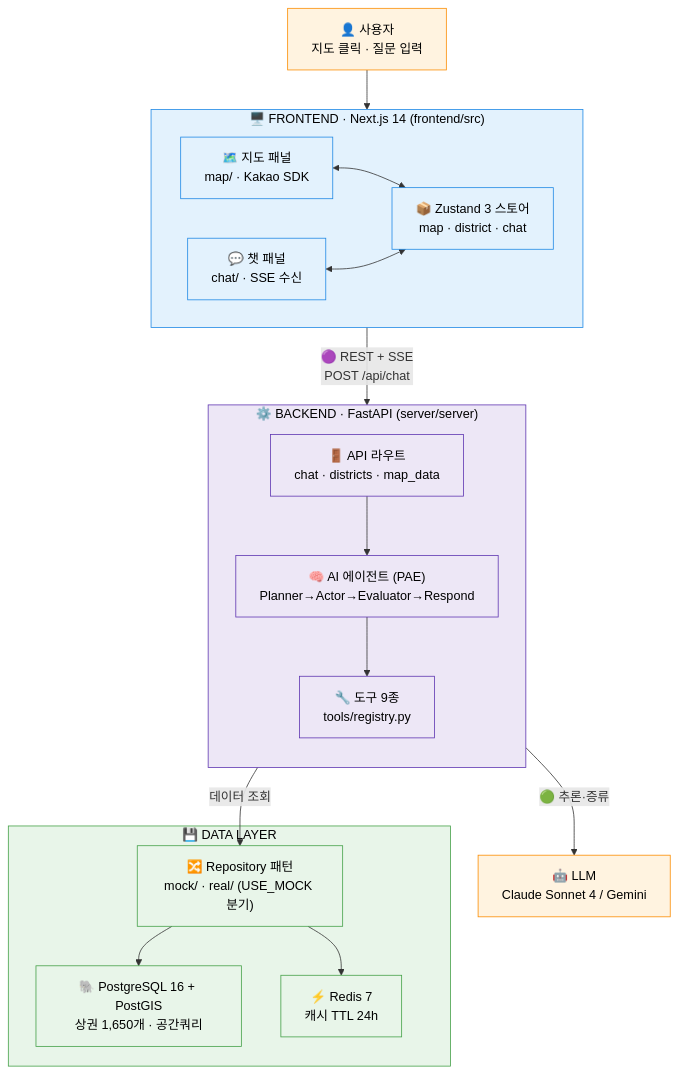
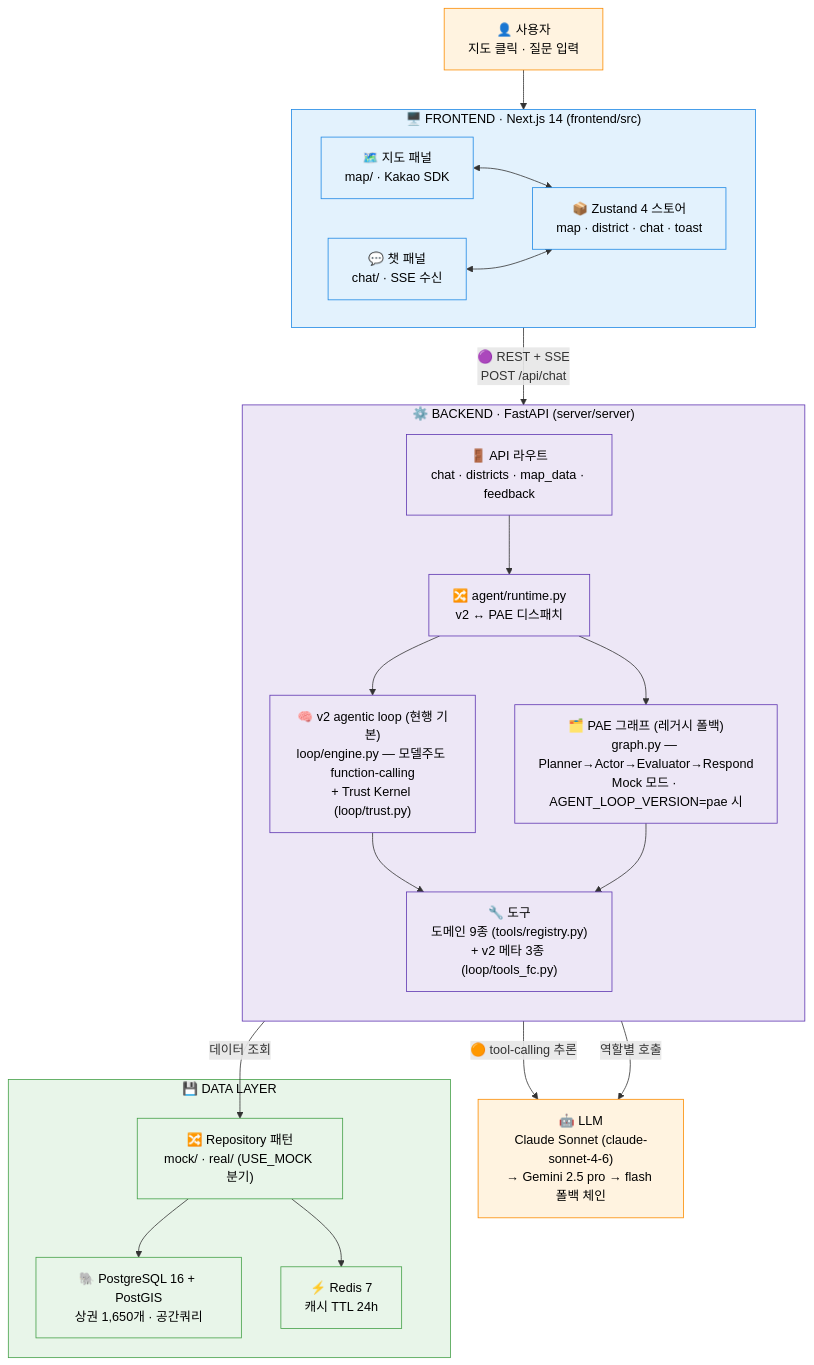
Before and after one commit to SJayKim/Catchment-Area-Analysis: the first of 4 diagrams in docs/learning/ARCHITECTURE-MAP.md, drawn with Mermaid. The commit also changed other lines of this file and 110 other files, not shown here.

````diff
--- a/docs/learning/ARCHITECTURE-MAP.md
+++ b/docs/learning/ARCHITECTURE-MAP.md
@@ -23,46 +23,52 @@
 ```mermaid
 flowchart TB
     USER["👤 사용자<br/>지도 클릭 · 질문 입력"]
 
     subgraph FE["🖥️ FRONTEND · Next.js 14 (frontend/src)"]
         direction LR
         MAP["🗺️ 지도 패널<br/>map/ · Kakao SDK"]
         CHAT["💬 챗 패널<br/>chat/ · SSE 수신"]
-        STORE["📦 Zustand 3 스토어<br/>map · district · chat"]
+        STORE["📦 Zustand 4 스토어<br/>map · district · chat · toast"]
         MAP <--> STORE
         CHAT <--> STORE
     end
 
     subgraph BE["⚙️ BACKEND · FastAPI (server/server)"]
         direction TB
-        API["🚪 API 라우트<br/>chat · districts · map_data"]
-        AGENT["🧠 AI 에이전트 (PAE)<br/>Planner→Actor→Evaluator→Respond"]
-        TOOLS["🔧 도구 9종<br/>tools/registry.py"]
-        API --> AGENT
-        AGENT --> TOOLS
+        API["🚪 API 라우트<br/>chat · districts · map_data · feedback"]
+        RT["🔀 agent/runtime.py<br/>v2 ↔ PAE 디스패치"]
+        LOOP["🧠 v2 agentic loop (현행 기본)<br/>loop/engine.py — 모델주도 function-calling<br/>+ Trust Kernel (loop/trust.py)"]
+        PAE["🗂️ PAE 그래프 (레거시 폴백)<br/>graph.py — Planner→Actor→Evaluator→Respond<br/>Mock 모드 · AGENT_LOOP_VERSION=pae 시"]
+        TOOLS["🔧 도구<br/>도메인 9종 (tools/registry.py)<br/>+ v2 메타 3종 (loop/tools_fc.py)"]
+        API --> RT
+        RT --> LOOP
+        RT --> PAE
+        LOOP --> TOOLS
+        PAE --> TOOLS
     end
 
     subgraph DATA["💾 DATA LAYER"]
         REPO["🔀 Repository 패턴<br/>mock/ · real/ (USE_MOCK 분기)"]
         PG["🐘 PostgreSQL 16 + PostGIS<br/>상권 1,650개 · 공간쿼리"]
         RD["⚡ Redis 7<br/>캐시 TTL 24h"]
         REPO --> PG
         REPO --> RD
     end
 
-    LLM["🤖 LLM<br/>Claude Sonnet 4 / Gemini"]
+    LLM["🤖 LLM<br/>Claude Sonnet (claude-sonnet-4-6)<br/>→ Gemini 2.5 pro → flash 폴백 체인"]
 
     USER --> FE
     FE -->|"🟣 REST + SSE<br/>POST /api/chat"| BE
     TOOLS -->|"데이터 조회"| REPO
-    AGENT -->|"🟢 추론·증류"| LLM
+    LOOP -->|"🟠 tool-calling 추론"| LLM
+    PAE -->|"역할별 호출"| LLM
 
     classDef fe fill:#e3f2fd,stroke:#1e88e5,color:#000
     classDef be fill:#ede7f6,stroke:#5e35b1,color:#000
     classDef data fill:#e8f5e9,stroke:#43a047,color:#000
     classDef ext fill:#fff3e0,stroke:#fb8c00,color:#000
     class FE,MAP,CHAT,STORE fe
-    class BE,API,AGENT,TOOLS be
+    class BE,API,RT,LOOP,PAE,TOOLS be
     class DATA,REPO,PG,RD data
     class LLM,USER ext
 ```
````
